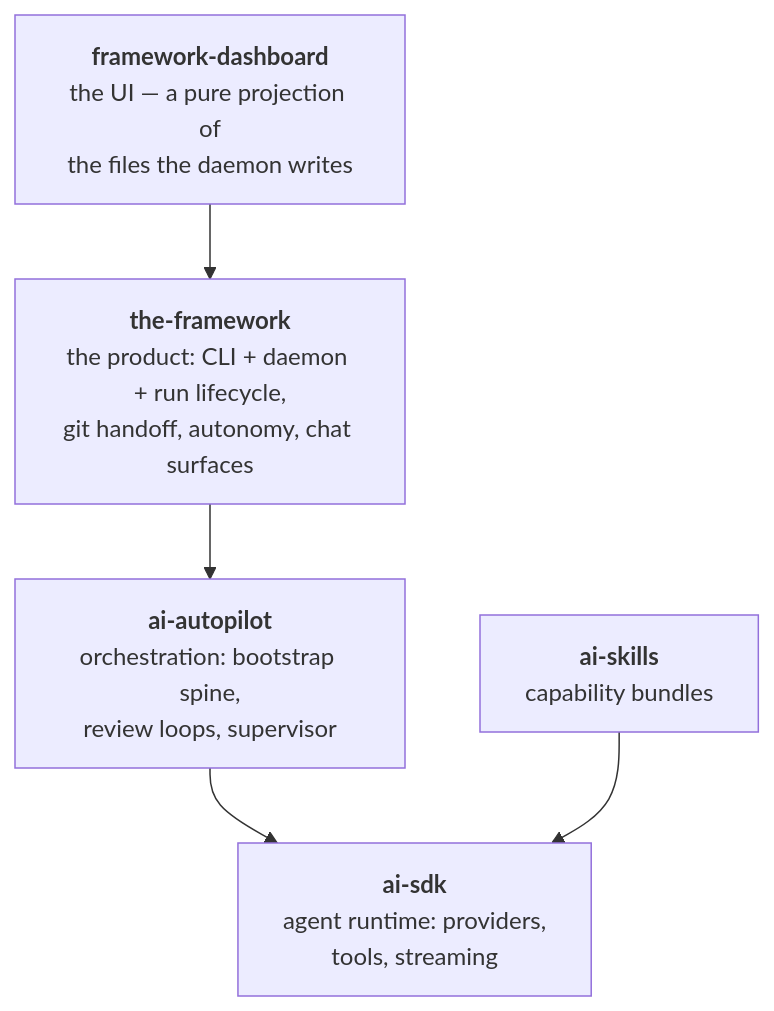
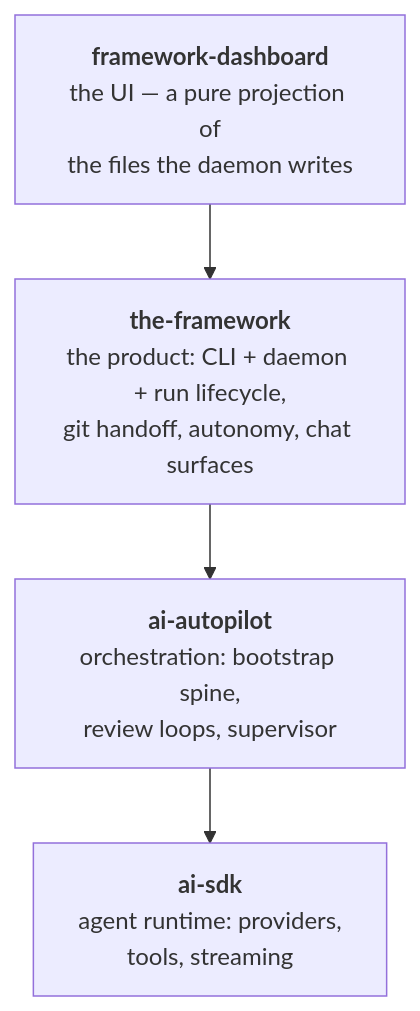
The diagram in spec.md (framework/the-framework), drawn with Mermaid before and after one commit. The commit also changed other lines of this file and 24 other files, not shown here.

````diff
--- a/spec.md
+++ b/spec.md
@@ -13,13 +13,11 @@
 ```mermaid
 graph TD
     product["<b>the-framework</b><br/>the product: CLI + daemon + run lifecycle,<br/>git handoff, autonomy, chat surfaces"]
     dash["<b>framework-dashboard</b><br/>the UI — a pure projection of<br/>the files the daemon writes"]
     autopilot["<b>ai-autopilot</b><br/>orchestration: bootstrap spine,<br/>review loops, supervisor"]
     sdk["<b>ai-sdk</b><br/>agent runtime: providers,<br/>tools, streaming"]
-    skills["<b>ai-skills</b><br/>capability bundles"]
 
     dash --> product
     product --> autopilot
     autopilot --> sdk
-    skills --> sdk
 ```
````
